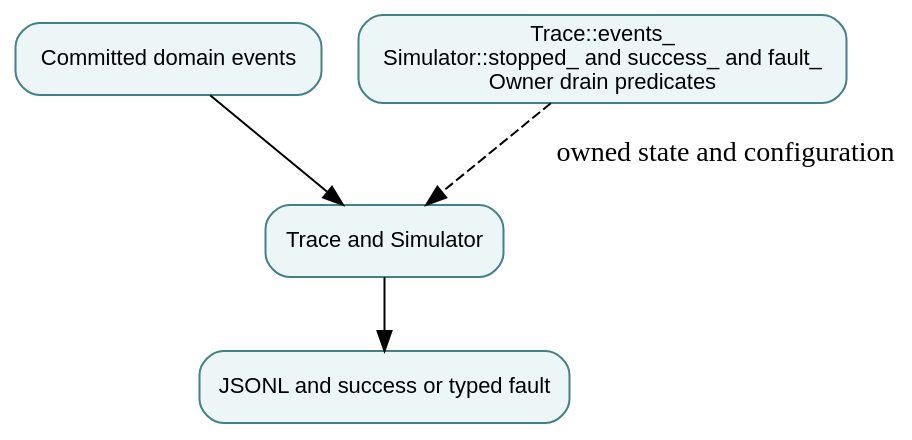
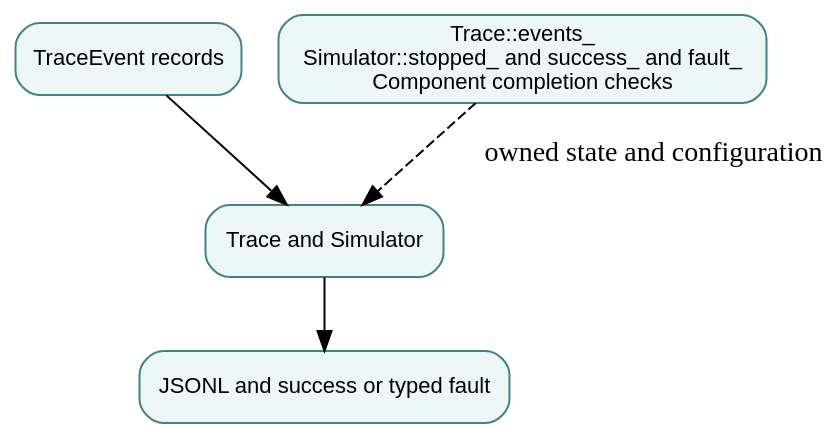
Before and after one commit to qsbit-org/qsbit-sim: the diagram in docs/modules/trace-recorder-and-stop-controller.md, drawn with Graphviz. The commit also changed other lines of this file and 44 other files, not shown here.

````diff
--- a/docs/modules/trace-recorder-and-stop-controller.md
+++ b/docs/modules/trace-recorder-and-stop-controller.md
@@ -14,11 +14,11 @@
 ```{graphviz}
 digraph module {
   rankdir=TB; bgcolor="transparent";
   node [shape=box, style="rounded,filled", fillcolor="#edf6f7", color="#43818a", fontname="sans-serif", fontsize=11];
-  input [label="Committed domain events"];
+  input [label="TraceEvent records"];
   owner [label="Trace and Simulator"];
-  state [label="Trace::events_\nSimulator::stopped_ and success_ and fault_\nOwner drain predicates"];
+  state [label="Trace::events_\nSimulator::stopped_ and success_ and fault_\nComponent completion checks"];
   output [label="JSONL and success or typed fault"];
   input -> owner; owner -> output; state -> owner [style=dashed, label="owned state and configuration"];
 }
 ```
````
